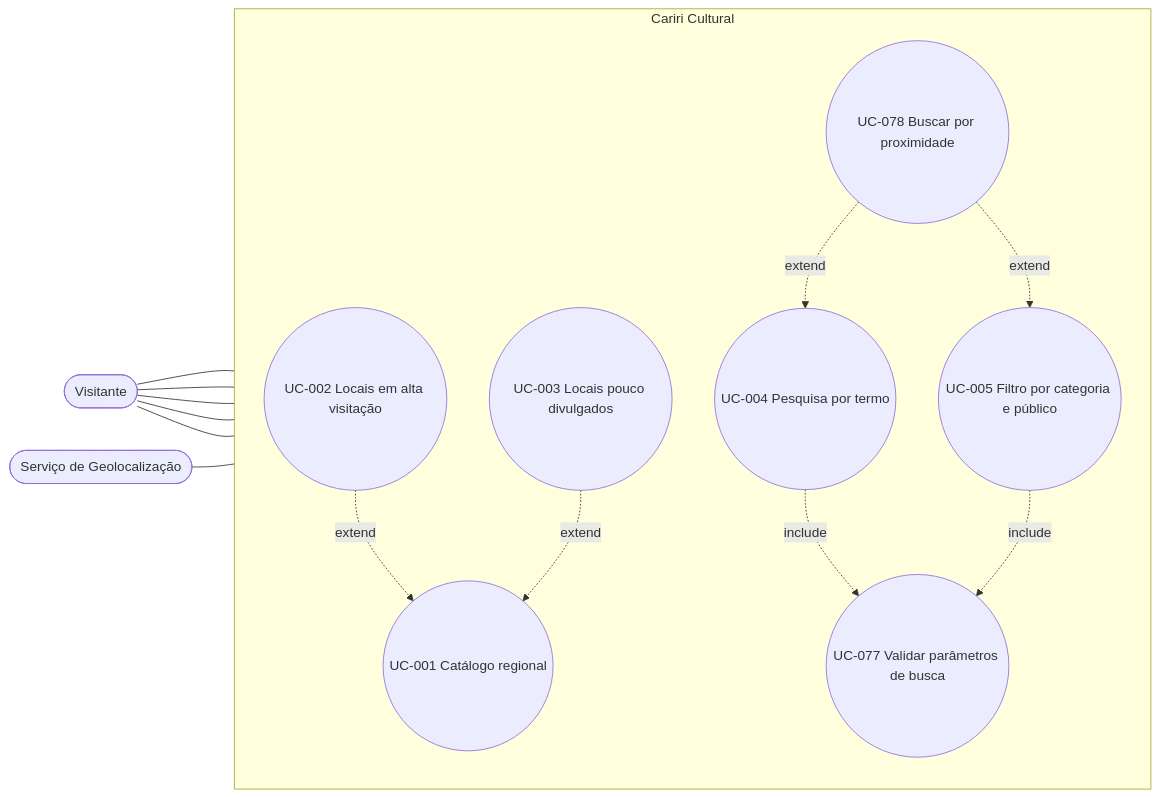
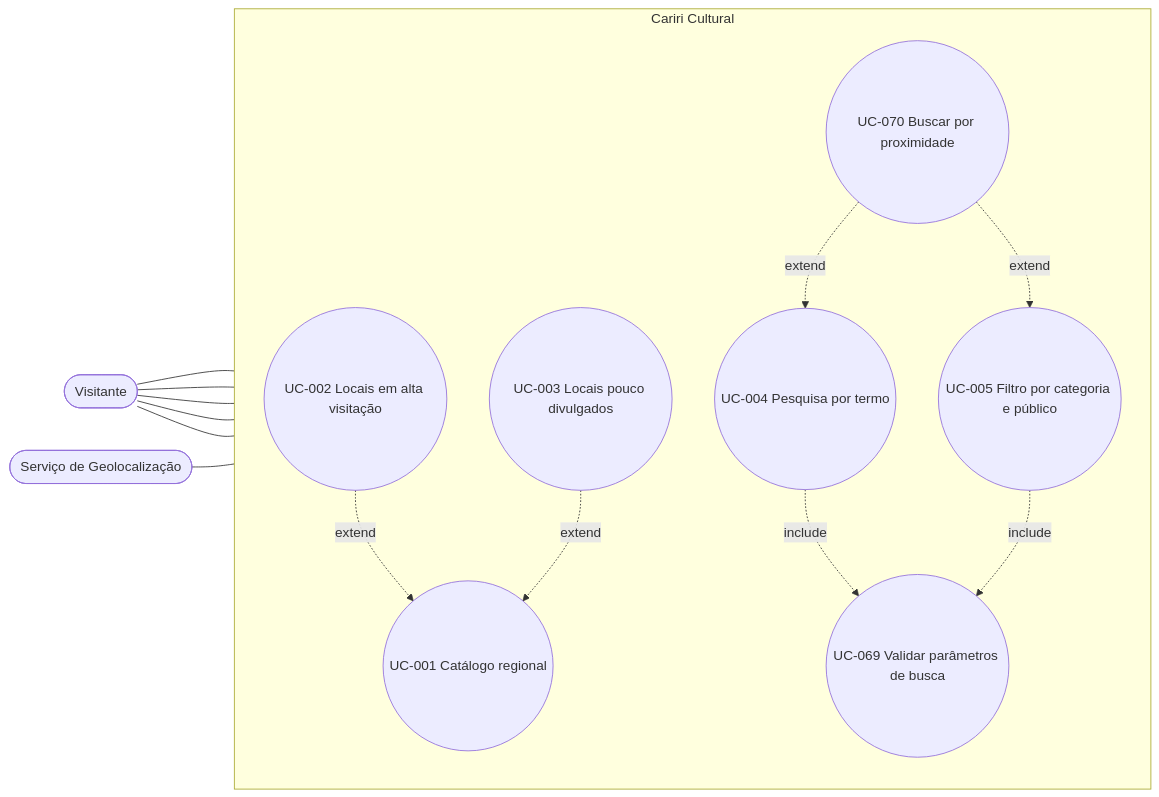
Before and after one commit to alan-mendes-ufca/CaririCultural: the second of 11 diagrams in home/user-cases/use-cases-diagram.md, drawn with Mermaid. The commit also changed other lines of this file and 4 other files, not shown here.

````diff
--- a/home/user-cases/use-cases-diagram.md
+++ b/home/user-cases/use-cases-diagram.md
@@ -48,32 +48,32 @@
 ```mermaid
 flowchart LR
     %% Atores
     V([Visitante])
     GEO([Serviço de Geolocalização])
 
     %% Fronteira
     subgraph CC [Cariri Cultural]
         direction TB
         UC001((UC-001 Catálogo regional))
         UC002((UC-002 Locais em alta visitação))
         UC003((UC-003 Locais pouco divulgados))
         UC004((UC-004 Pesquisa por termo))
         UC005((UC-005 Filtro por categoria e público))
-        UC077((UC-077 Validar parâmetros de busca))
-        UC078((UC-078 Buscar por proximidade))
+        UC069((UC-069 Validar parâmetros de busca))
+        UC070((UC-070 Buscar por proximidade))
     end
 
     %% Relações Ator -> Caso de Uso
     V --- UC001 & UC002 & UC003 & UC004 & UC005
 
     %% Relações Include / Extend
-    UC004 -.->|include| UC077
-    UC005 -.->|include| UC077
+    UC004 -.->|include| UC069
+    UC005 -.->|include| UC069
 
     UC002 -.->|extend| UC001
     UC003 -.->|extend| UC001
 
-    UC078 -.->|extend| UC004
-    UC078 -.->|extend| UC005
-    GEO --- UC078
+    UC070 -.->|extend| UC004
+    UC070 -.->|extend| UC005
+    GEO --- UC070
 ```
````
